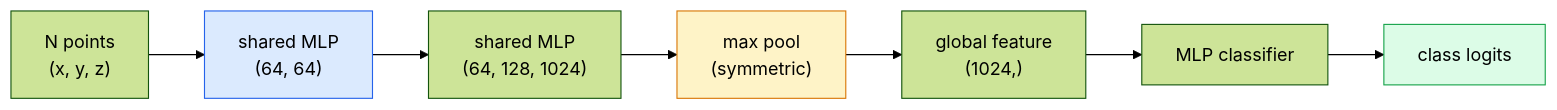
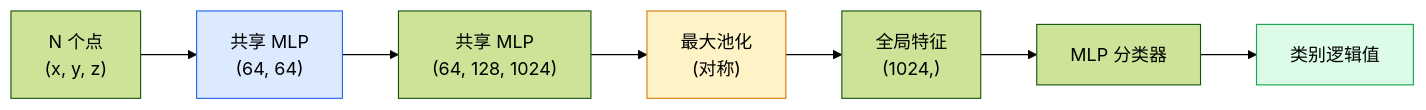
Before and after one commit to guangningsun/ailearning: the diagram in lessons/04-computer-vision/13-3d-vision-nerf/docs/zh.md, drawn with Mermaid (forest theme). The commit also changed other lines of this file and 29 other files, not shown here.

````diff
--- a/lessons/04-computer-vision/13-3d-vision-nerf/docs/zh.md
+++ b/lessons/04-computer-vision/13-3d-vision-nerf/docs/zh.md
@@ -55,13 +55,13 @@
 ```mermaid
 flowchart LR
-    PTS["N points<br/>(x, y, z)"] --> MLP1["shared MLP<br/>(64, 64)"]
-    MLP1 --> MLP2["shared MLP<br/>(64, 128, 1024)"]
-    MLP2 --> MAX["max pool<br/>(symmetric)"]
-    MAX --> FEAT["global feature<br/>(1024,)"]
-    FEAT --> FC["MLP classifier"]
-    FC --> CLS["class logits"]
+    PTS["N 个点<br/>(x, y, z)"] --> MLP1["共享 MLP<br/>(64, 64)"]
+    MLP1 --> MLP2["共享 MLP<br/>(64, 128, 1024)"]
+    MLP2 --> MAX["最大池化<br/>(对称)"]
+    MAX --> FEAT["全局特征<br/>(1024,)"]
+    FEAT --> FC["MLP 分类器"]
+    FC --> CLS["类别逻辑值"]
 
     style MLP1 fill:#dbeafe,stroke:#2563eb
     style MAX fill:#fef3c7,stroke:#d97706
     style CLS fill:#dcfce7,stroke:#16a34a
 ```
````
